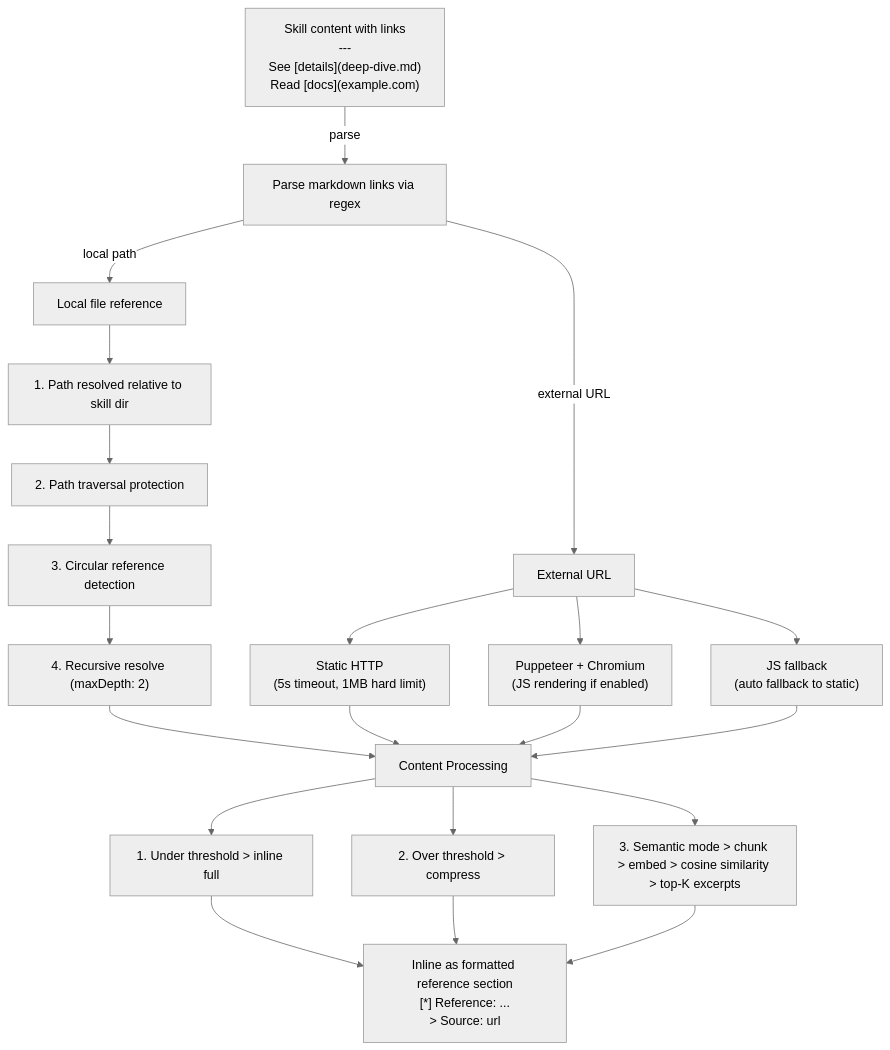
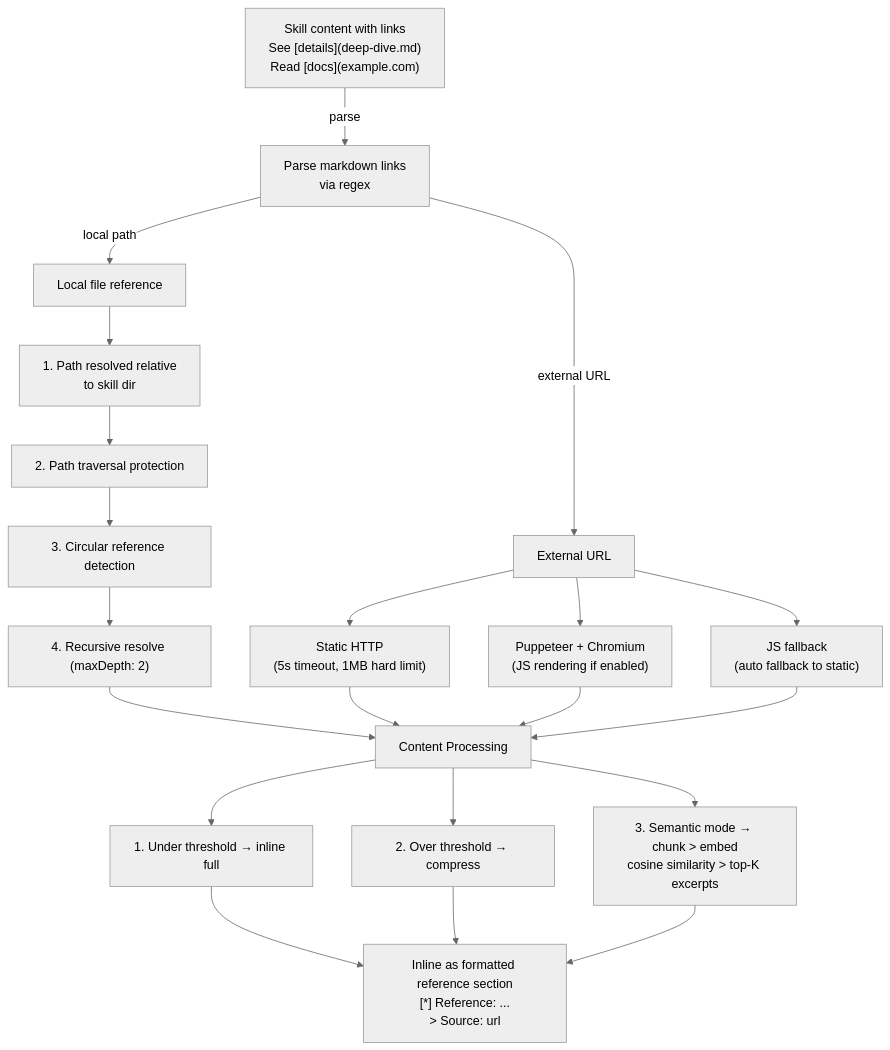
The ninth of 10 diagrams in docs/skill-evolution.md (paulpas/agent-skill-router), drawn with Mermaid before and after one commit. The commit also changed other lines of this file and 7 other files, not shown here.

````diff
--- a/docs/skill-evolution.md
+++ b/docs/skill-evolution.md
@@ -426,32 +426,32 @@
 ```mermaid
 ---
 config:
   theme: neutral
 ---
 flowchart TD
-    Input["Skill content with links<br/>---<br/>See [details](deep-dive.md)<br/>Read [docs](example.com)"] -->|"parse"| Parse["Parse markdown links via regex"]
-    
+    Input["Skill content with links<br/>See [details](deep-dive.md)<br/>Read [docs](example.com)"] -->|"parse"| Parse["Parse markdown links<br/>via regex"]
+
     Parse -->|"local path"| Local["Local file reference"]
-    Local --> L1["1. Path resolved relative to skill dir"]
+    Local --> L1["1. Path resolved relative<br/>to skill dir"]
     L1 --> L2["2. Path traversal protection"]
     L2 --> L3["3. Circular reference detection"]
     L3 --> L4["4. Recursive resolve (maxDepth: 2)"]
-    
+
     Parse -->|"external URL"| External["External URL"]
     External --> E1["Static HTTP<br/>(5s timeout, 1MB hard limit)"]
     External --> E2["Puppeteer + Chromium<br/>(JS rendering if enabled)"]
     External --> E3["JS fallback<br/>(auto fallback to static)"]
-    
+
     L4 --> Process["Content Processing"]
     E1 --> Process
     E2 --> Process
     E3 --> Process
-    
-    Process --> P1["1. Under threshold > inline full"]
-    Process --> P2["2. Over threshold > compress"]
-    Process --> P3["3. Semantic mode > chunk > embed > cosine similarity > top-K excerpts"]
-    
+
+    Process --> P1["1. Under threshold → inline full"]
+    Process --> P2["2. Over threshold → compress"]
+    Process --> P3["3. Semantic mode → chunk > embed<br/>cosine similarity > top-K excerpts"]
+
     P1 --> Output["Inline as formatted reference section<br/>[*] Reference: ...<br/>> Source: url"]
     P2 --> Output
     P3 --> Output
 ```
````
